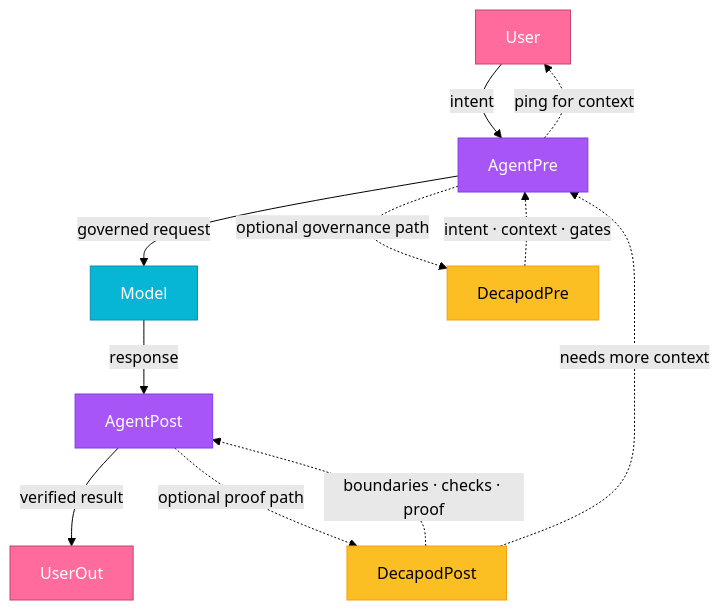
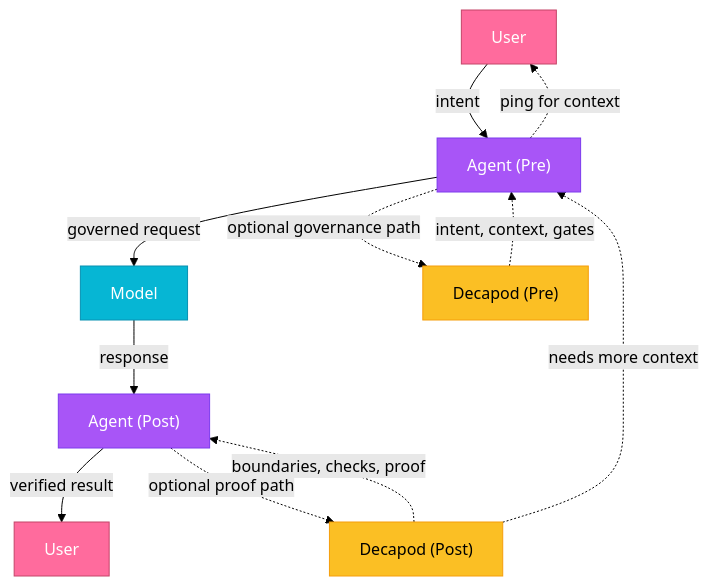
Before and after one commit to wizzense/decapod: the diagram in README.md, drawn with Mermaid (forest theme).

Commit message:
docs: fix Mermaid diagram rendering in README.md (#577)

````diff
--- a/README.md
+++ b/README.md
@@ -46,24 +46,24 @@
 ```mermaid
 flowchart TD
+    UserIn["User"] -->|"intent"| AgentPre["Agent (Pre)"]
+    AgentPre -->|"governed request"| Model["Model"]
+    Model -->|"response"| AgentPost["Agent (Post)"]
+    AgentPost -->|"verified result"| UserOut["User"]
+
+    AgentPre -.->|"ping for context"| UserIn
+
+    AgentPre -. "optional governance path" .-> DecapodPre["Decapod (Pre)"]
+    DecapodPre -. "intent, context, gates" .-> AgentPre
+
+    AgentPost -. "optional proof path" .-> DecapodPost["Decapod (Post)"]
+    DecapodPost -. "boundaries, checks, proof" .-> AgentPost
+    DecapodPost -. "needs more context" .-> AgentPre
+
     style UserIn fill:#ff6b9d,stroke:#c44569,color:#fff
     style UserOut fill:#ff6b9d,stroke:#c44569,color:#fff
     style AgentPre fill:#a855f7,stroke:#7c3aed,color:#fff
     style AgentPost fill:#a855f7,stroke:#7c3aed,color:#fff
     style Model fill:#06b6d4,stroke:#0891b2,color:#fff
     style DecapodPre fill:#fbbf24,stroke:#f59e0b,color:#000
     style DecapodPost fill:#fbbf24,stroke:#f59e0b,color:#000
-
-    UserIn["User"] -->|"intent"| AgentPre
-    AgentPre -->|"governed request"| Model
-    Model -->|"response"| AgentPost
-    AgentPost -->|"verified result"| UserOut
-
-    AgentPre -.->|"ping for context"| UserIn
-
-    AgentPre -. "optional governance path" .-> DecapodPre
-    DecapodPre -. "intent · context · gates" .-> AgentPre
-
-    AgentPost -. "optional proof path" .-> DecapodPost
-    DecapodPost -. "boundaries · checks · proof" .-> AgentPost
-    DecapodPost -. "needs more context" .-> AgentPre
 ```
````
